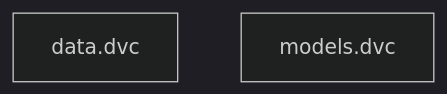
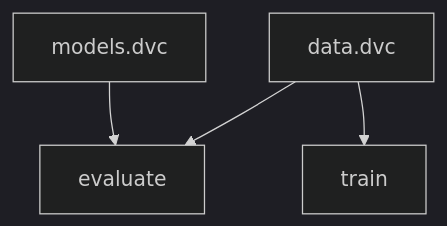
Before and after one commit to IBIZAchyyy/Spam-detector: the diagram in Spam-detector/.dvc/tmp/dag.md, drawn with Mermaid (dark theme). The commit also changed 21 other files, not shown here.

````diff
--- a/Spam-detector/.dvc/tmp/dag.md
+++ b/Spam-detector/.dvc/tmp/dag.md
@@ -1,5 +1,10 @@
 ```mermaid
 flowchart TD
 	node1["data.dvc"]
-	node2["models.dvc"]
+	node2["evaluate"]
+	node3["models.dvc"]
+	node4["train"]
+	node1-->node2
+	node1-->node4
+	node3-->node2
 ```
````
